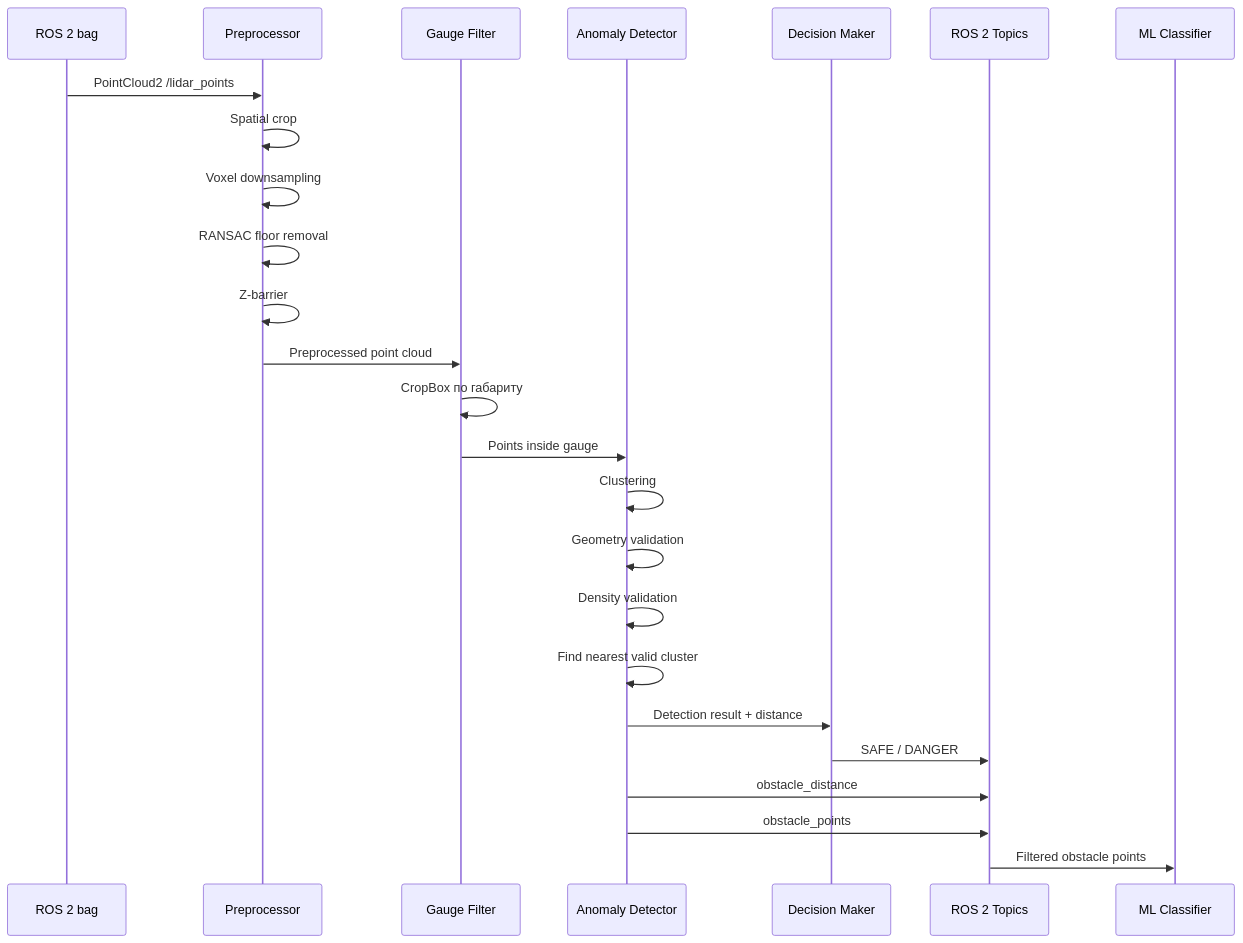
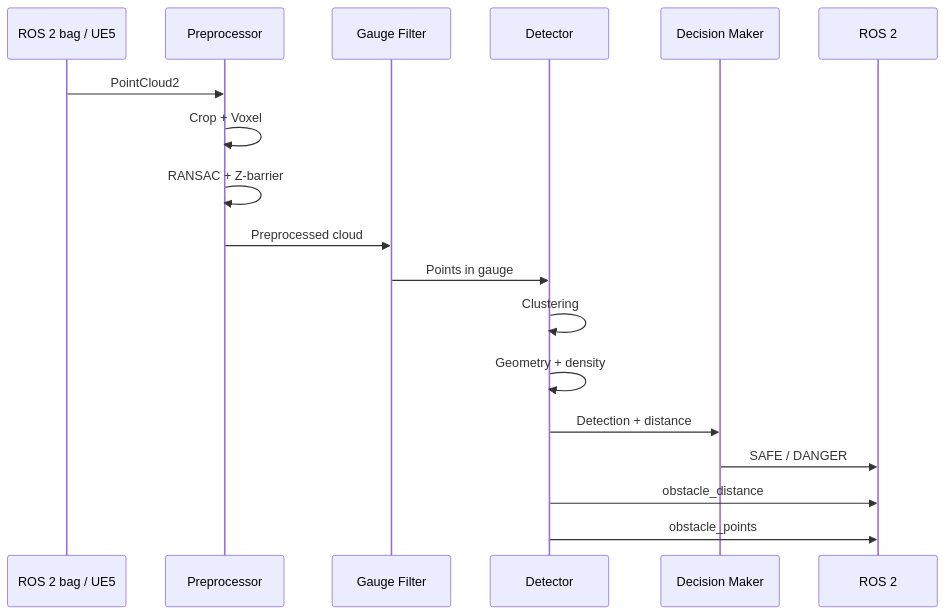
One commit to valuncilh/metro_obstacle_detection changed the second of 2 diagrams in README.md. Above: the diagram before and after it, drawn with Mermaid. The commit also changed other lines of this file, not shown here.

````diff
--- a/README.md
+++ b/README.md
@@ -70,37 +570,21 @@
 ```mermaid
 sequenceDiagram
-
-    participant BAG as ROS 2 bag
+    participant BAG as ROS 2 bag / UE5
     participant PRE as Preprocessor
     participant GAUGE as Gauge Filter
-    participant DET as Anomaly Detector
+    participant DET as Detector
     participant DEC as Decision Maker
-    participant ROS as ROS 2 Topics
-    participant ML as ML Classifier
+    participant ROS as ROS 2
 
-    BAG->>PRE: PointCloud2 /lidar_points
-
-    PRE->>PRE: Spatial crop
-    PRE->>PRE: Voxel downsampling
-    PRE->>PRE: RANSAC floor removal
-    PRE->>PRE: Z-barrier
-
-    PRE->>GAUGE: Preprocessed point cloud
-
-    GAUGE->>GAUGE: CropBox по габариту
-
-    GAUGE->>DET: Points inside gauge
-
+    BAG->>PRE: PointCloud2
+    PRE->>PRE: Crop + Voxel
+    PRE->>PRE: RANSAC + Z-barrier
+    PRE->>GAUGE: Preprocessed cloud
+    GAUGE->>DET: Points in gauge
     DET->>DET: Clustering
-    DET->>DET: Geometry validation
-    DET->>DET: Density validation
-    DET->>DET: Find nearest valid cluster
-
-    DET->>DEC: Detection result + distance
-
+    DET->>DET: Geometry + density
+    DET->>DEC: Detection + distance
     DEC->>ROS: SAFE / DANGER
     DET->>ROS: obstacle_distance
     DET->>ROS: obstacle_points
-
-    ROS->>ML: Filtered obstacle points
 ```
````
